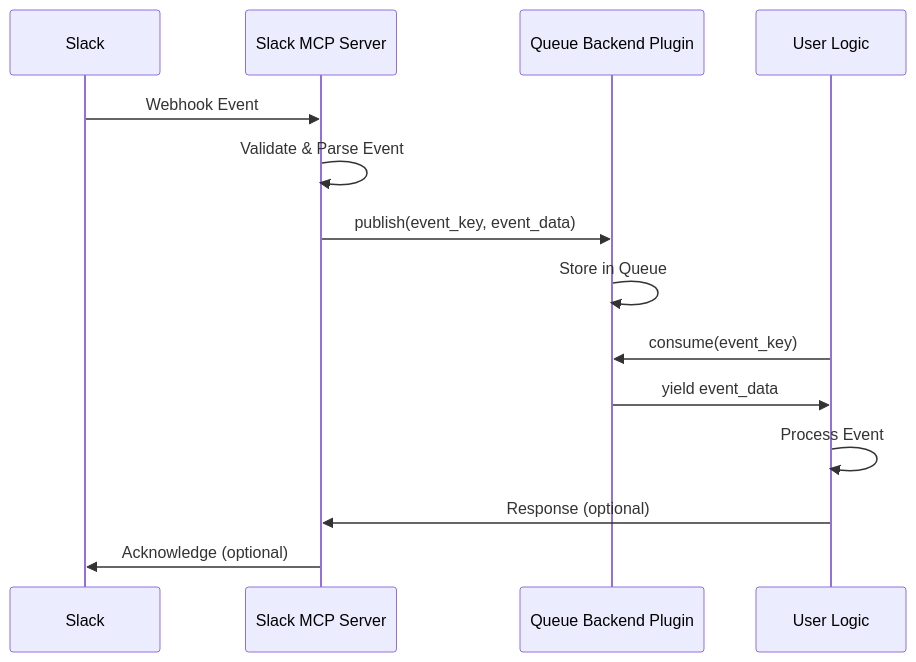
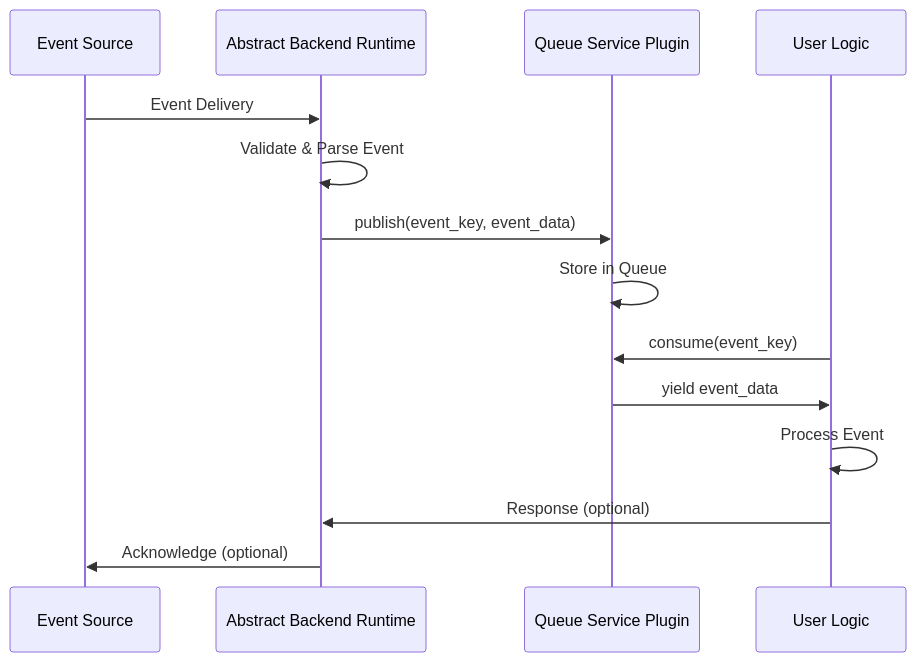
One commit to Chisanan232/Slack-MCP-Server-Backend-MQ-Template changed the diagram in docs/contents/document/introduction.mdx. Above: the diagram before and after it, drawn with Mermaid. The commit also changed other lines of this file and 11 other files, not shown here.

Commit message:
✏️ Update all the naming like *Slack MCP* to be like *Abstract Backend*.

````diff
--- a/docs/contents/document/introduction.mdx
+++ b/docs/contents/document/introduction.mdx
@@ -30,17 +30,17 @@
 ```mermaid
 sequenceDiagram
-    participant S as Slack
-    participant MCP as Slack MCP Server
-    participant QB as Queue Backend Plugin
+    participant ES as Event Source
+    participant AB as Abstract Backend Runtime
+    participant QS as Queue Service Plugin
     participant UL as User Logic
     
-    S->>MCP: Webhook Event
-    MCP->>MCP: Validate & Parse Event
-    MCP->>QB: publish(event_key, event_data)
-    QB->>QB: Store in Queue
-    UL->>QB: consume(event_key)
-    QB->>UL: yield event_data
+    ES->>AB: Event Delivery
+    AB->>AB: Validate & Parse Event
+    AB->>QS: publish(event_key, event_data)
+    QS->>QS: Store in Queue
+    UL->>QS: consume(event_key)
+    QS->>UL: yield event_data
     UL->>UL: Process Event
-    UL->>MCP: Response (optional)
-    MCP->>S: Acknowledge (optional)
+    UL->>AB: Response (optional)
+    AB->>ES: Acknowledge (optional)
 ```
````
